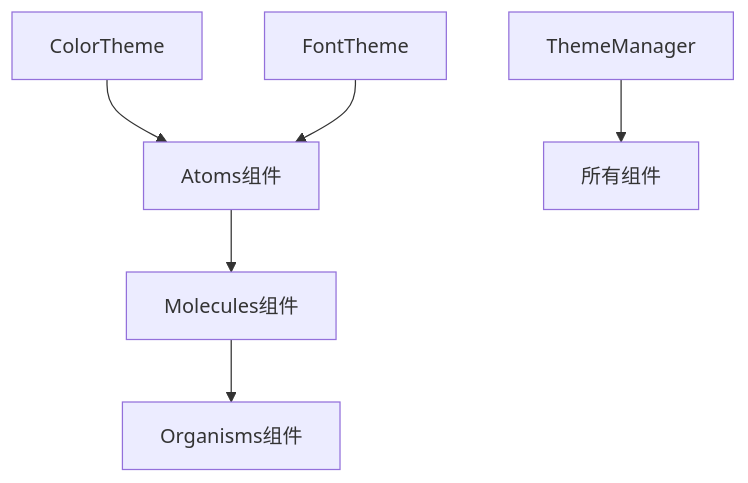
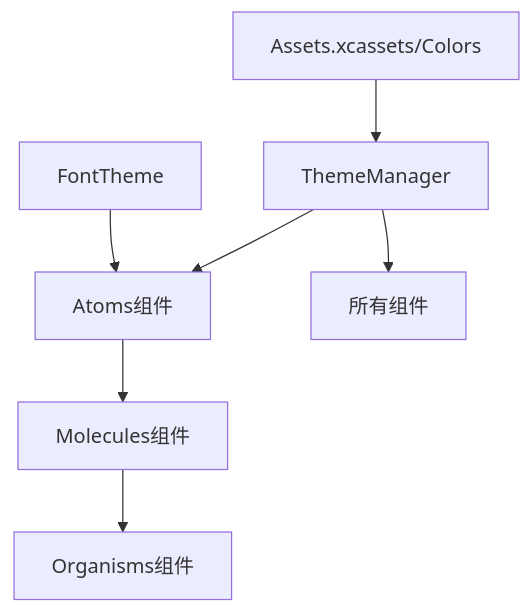
Before and after one commit to HS-Jack-YZY/SmartPlanner: the fourth of 5 diagrams in ProjectStructure.md, drawn with Mermaid. The commit also changed other lines of this file and 4 other files, not shown here.

````diff
--- a/ProjectStructure.md
+++ b/ProjectStructure.md
@@ -421,8 +428,9 @@
 ```mermaid
 graph TD
-    A[ColorTheme] --> B[Atoms组件]
+    A[ThemeManager] --> B[Atoms组件]
     C[FontTheme] --> B
     B --> D[Molecules组件]
     D --> E[Organisms组件]
-    F[ThemeManager] --> G[所有组件]
+    A --> F[所有组件]
+    G[Assets.xcassets/Colors] --> A
 ```
````
